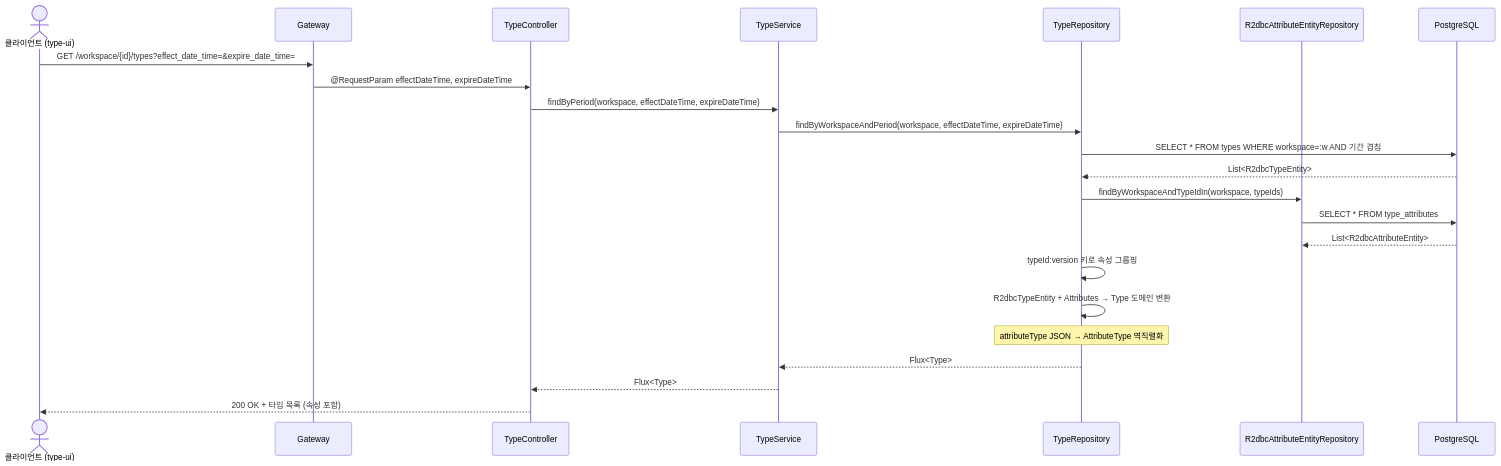
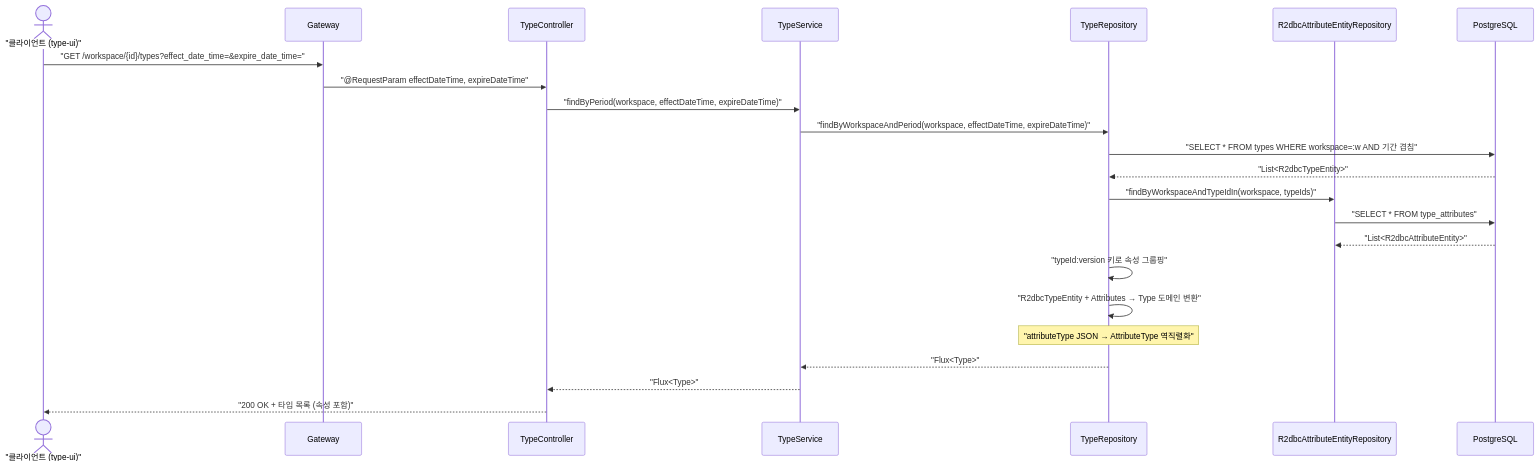
Before and after one commit to sayaya1090/handbook: the fourth of 4 diagrams in persist-type/USECASE.md, drawn with Mermaid. The commit also changed other lines of this file and 22 other files, not shown here.

First line of the commit message:
docs: Mermaid 다이어그램 렌더링 오류 수정을 위한 구문 전수 교정

````diff
--- a/persist-type/USECASE.md
+++ b/persist-type/USECASE.md
@@ -105,26 +105,26 @@
 ```mermaid
 sequenceDiagram
-    actor Client as 클라이언트 (type-ui)
+    actor Client as "클라이언트 (type-ui)"
     participant GW as Gateway
     participant Ctrl as TypeController
     participant Svc as TypeService
     participant Repo as TypeRepository
     participant AttrRepo as R2dbcAttributeEntityRepository
     participant DB as PostgreSQL
 
-    Client->>GW: GET /workspace/{id}/types?effect_date_time=&expire_date_time=
-    GW->>Ctrl: @RequestParam effectDateTime, expireDateTime
-    Ctrl->>Svc: findByPeriod(workspace, effectDateTime, expireDateTime)
-    Svc->>Repo: findByWorkspaceAndPeriod(workspace, effectDateTime, expireDateTime)
-    Repo->>DB: SELECT * FROM types WHERE workspace=:w AND 기간 겹침
-    DB-->>Repo: List<R2dbcTypeEntity>
-    Repo->>AttrRepo: findByWorkspaceAndTypeIdIn(workspace, typeIds)
-    AttrRepo->>DB: SELECT * FROM type_attributes
-    DB-->>AttrRepo: List<R2dbcAttributeEntity>
-    Repo->>Repo: typeId:version 키로 속성 그룹핑
-    Repo->>Repo: R2dbcTypeEntity + Attributes → Type 도메인 변환
-    Note over Repo: attributeType JSON → AttributeType 역직렬화
-    Repo-->>Svc: Flux<Type>
-    Svc-->>Ctrl: Flux<Type>
-    Ctrl-->>Client: 200 OK + 타입 목록 (속성 포함)
+    Client->>GW: "GET /workspace/{id}/types?effect_date_time=&expire_date_time="
+    GW->>Ctrl: "@RequestParam effectDateTime, expireDateTime"
+    Ctrl->>Svc: "findByPeriod(workspace, effectDateTime, expireDateTime)"
+    Svc->>Repo: "findByWorkspaceAndPeriod(workspace, effectDateTime, expireDateTime)"
+    Repo->>DB: "SELECT * FROM types WHERE workspace=:w AND 기간 겹침"
+    DB-->>Repo: "List<R2dbcTypeEntity>"
+    Repo->>AttrRepo: "findByWorkspaceAndTypeIdIn(workspace, typeIds)"
+    AttrRepo->>DB: "SELECT * FROM type_attributes"
+    DB-->>AttrRepo: "List<R2dbcAttributeEntity>"
+    Repo->>Repo: "typeId:version 키로 속성 그룹핑"
+    Repo->>Repo: "R2dbcTypeEntity + Attributes → Type 도메인 변환"
+    Note over Repo: "attributeType JSON → AttributeType 역직렬화"
+    Repo-->>Svc: "Flux<Type>"
+    Svc-->>Ctrl: "Flux<Type>"
+    Ctrl-->>Client: "200 OK + 타입 목록 (속성 포함)"
 ```
````
